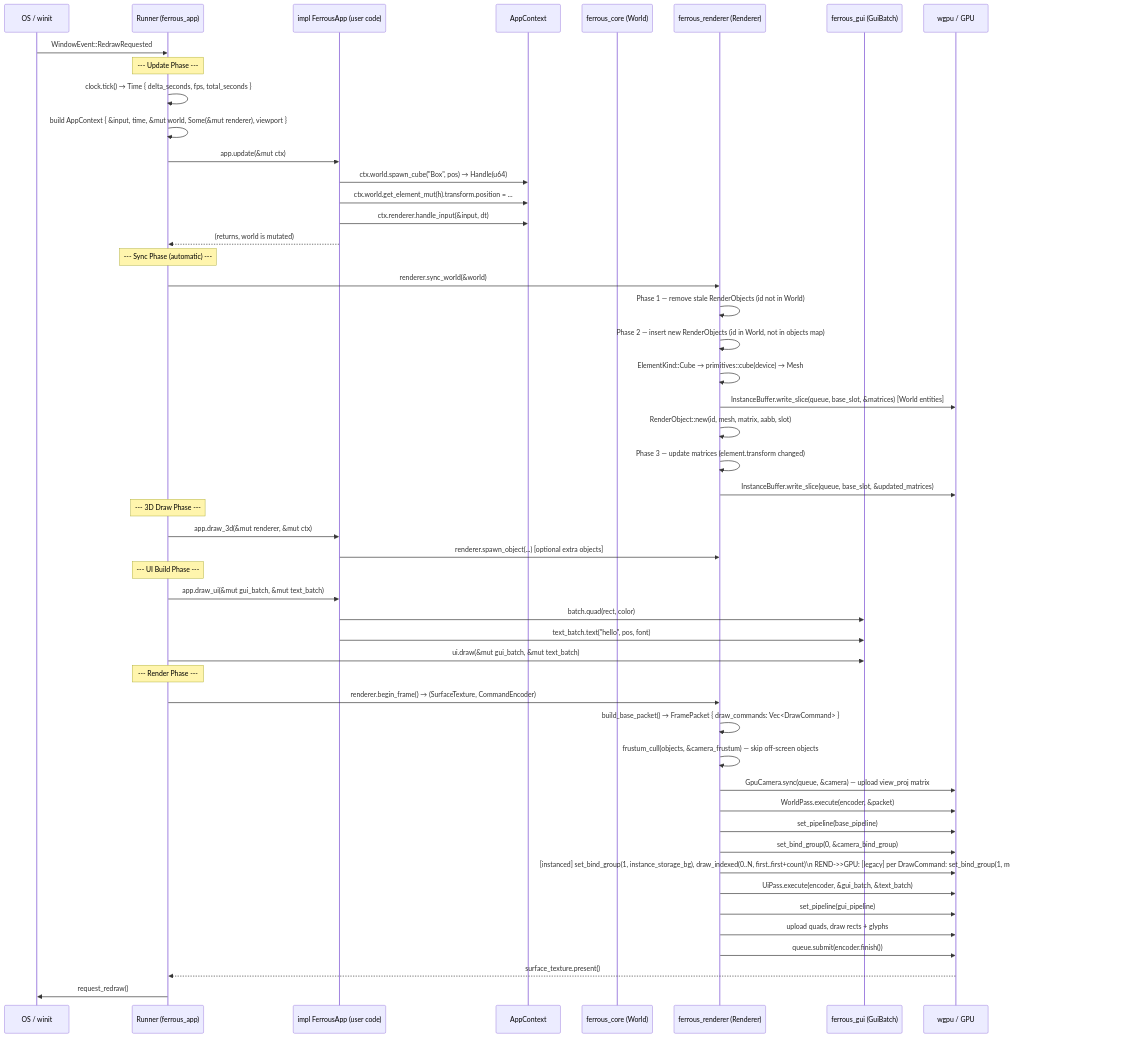
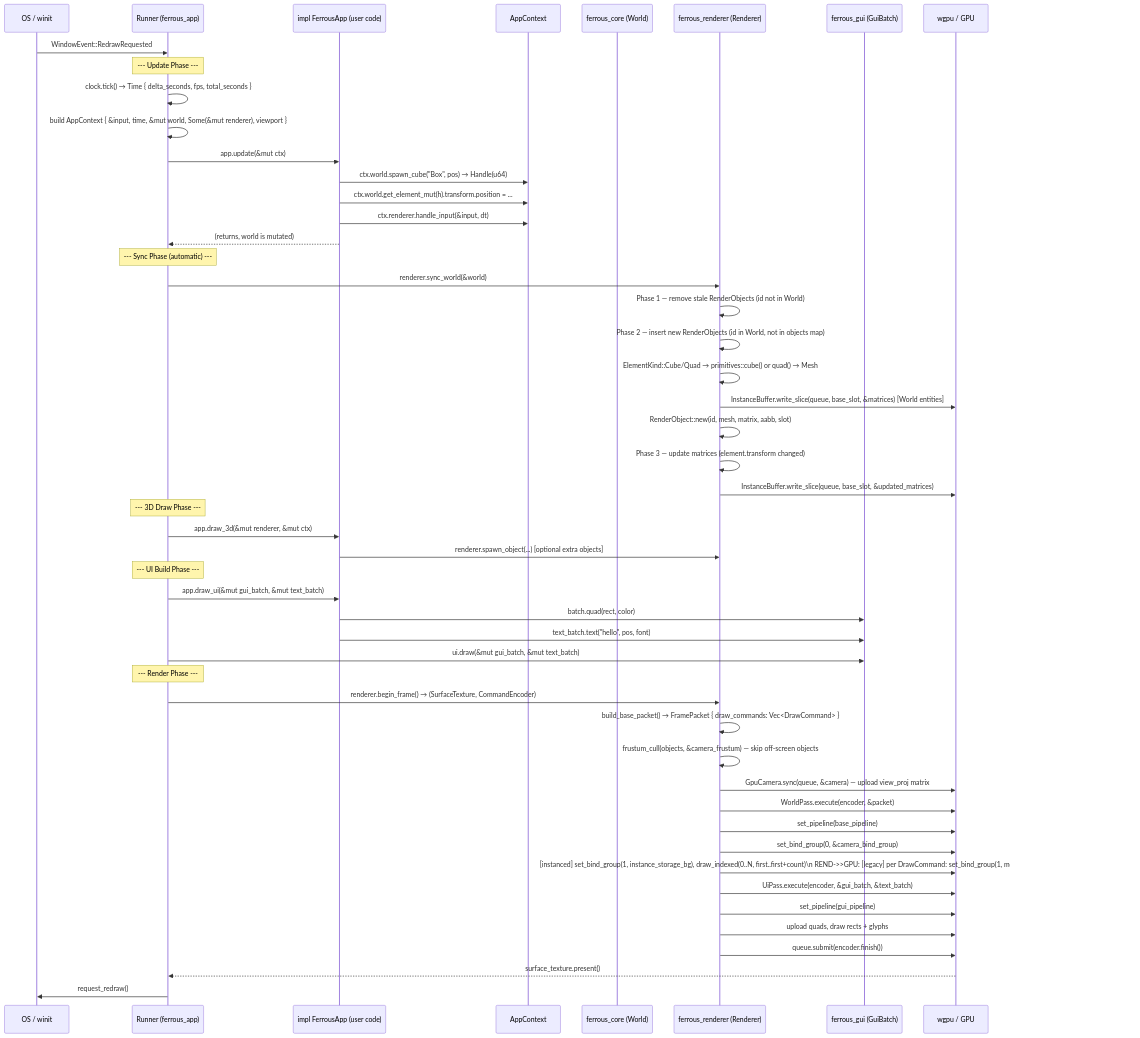
The first of 5 diagrams in flowmaps/frame-loop.md (jvchiappini/FerrousEngine), drawn with Mermaid before and after one commit. The commit also changed 18 other files, not shown here.

Commit message:
feat: add support for Quad element in world rendering, including spawning and rendering logic

````diff
--- a/flowmaps/frame-loop.md
+++ b/flowmaps/frame-loop.md
@@ -9,58 +9,58 @@
 ```mermaid
 sequenceDiagram
     participant OS  as OS / winit
     participant RUN as Runner (ferrous_app)
     participant APP as impl FerrousApp (user code)
     participant CTX as AppContext
     participant CORE as ferrous_core (World)
     participant REND as ferrous_renderer (Renderer)
     participant GUI as ferrous_gui (GuiBatch)
     participant GPU as wgpu / GPU
 
     OS->>RUN: WindowEvent::RedrawRequested
 
     Note over RUN: --- Update Phase ---
     RUN->>RUN: clock.tick() → Time { delta_seconds, fps, total_seconds }
     RUN->>RUN: build AppContext { &input, time, &mut world, Some(&mut renderer), viewport }
     RUN->>APP: app.update(&mut ctx)
     APP->>CTX: ctx.world.spawn_cube("Box", pos) → Handle(u64)
     APP->>CTX: ctx.world.get_element_mut(h).transform.position = ...
     APP->>CTX: ctx.renderer.handle_input(&input, dt)
     APP-->>RUN: (returns, world is mutated)
 
     Note over RUN: --- Sync Phase (automatic) ---
     RUN->>REND: renderer.sync_world(&world)
     REND->>REND: Phase 1 — remove stale RenderObjects (id not in World)
     REND->>REND: Phase 2 — insert new RenderObjects (id in World, not in objects map)
-    REND->>REND:   ElementKind::Cube → primitives::cube(device) → Mesh
+    REND->>REND:   ElementKind::Cube/Quad → primitives::cube() or quad() → Mesh
     REND->>GPU:   InstanceBuffer.write_slice(queue, base_slot, &matrices) [World entities]
     REND->>REND:   RenderObject::new(id, mesh, matrix, aabb, slot)
     REND->>REND: Phase 3 — update matrices (element.transform changed)
     REND->>GPU:   InstanceBuffer.write_slice(queue, base_slot, &updated_matrices)
 
     Note over RUN: --- 3D Draw Phase ---
     RUN->>APP: app.draw_3d(&mut renderer, &mut ctx)
     APP->>REND: renderer.spawn_object(...)  [optional extra objects]
 
     Note over RUN: --- UI Build Phase ---
     RUN->>APP: app.draw_ui(&mut gui_batch, &mut text_batch)
     APP->>GUI: batch.quad(rect, color)
     APP->>GUI: text_batch.text("hello", pos, font)
     RUN->>GUI: ui.draw(&mut gui_batch, &mut text_batch)
 
     Note over RUN: --- Render Phase ---
     RUN->>REND: renderer.begin_frame() → (SurfaceTexture, CommandEncoder)
     REND->>REND: build_base_packet() → FramePacket { draw_commands: Vec<DrawCommand> }
     REND->>REND:   frustum_cull(objects, &camera_frustum) — skip off-screen objects
     REND->>GPU: GpuCamera.sync(queue, &camera) — upload view_proj matrix
     REND->>GPU: WorldPass.execute(encoder, &packet)
     REND->>GPU:   set_pipeline(base_pipeline)
     REND->>GPU:   set_bind_group(0, &camera_bind_group)
     REND->>GPU:   [instanced] set_bind_group(1, instance_storage_bg), draw_indexed(0..N, first..first+count)\n    REND->>GPU:   [legacy]    per DrawCommand: set_bind_group(1, model_slot_offset), draw_indexed(0..N, 0..1)
     REND->>GPU: UiPass.execute(encoder, &gui_batch, &text_batch)
     REND->>GPU:   set_pipeline(gui_pipeline)
     REND->>GPU:   upload quads, draw rects + glyphs
     REND->>GPU: queue.submit(encoder.finish())
     GPU-->>RUN: surface_texture.present()
     RUN->>OS: request_redraw()
 ```
````
